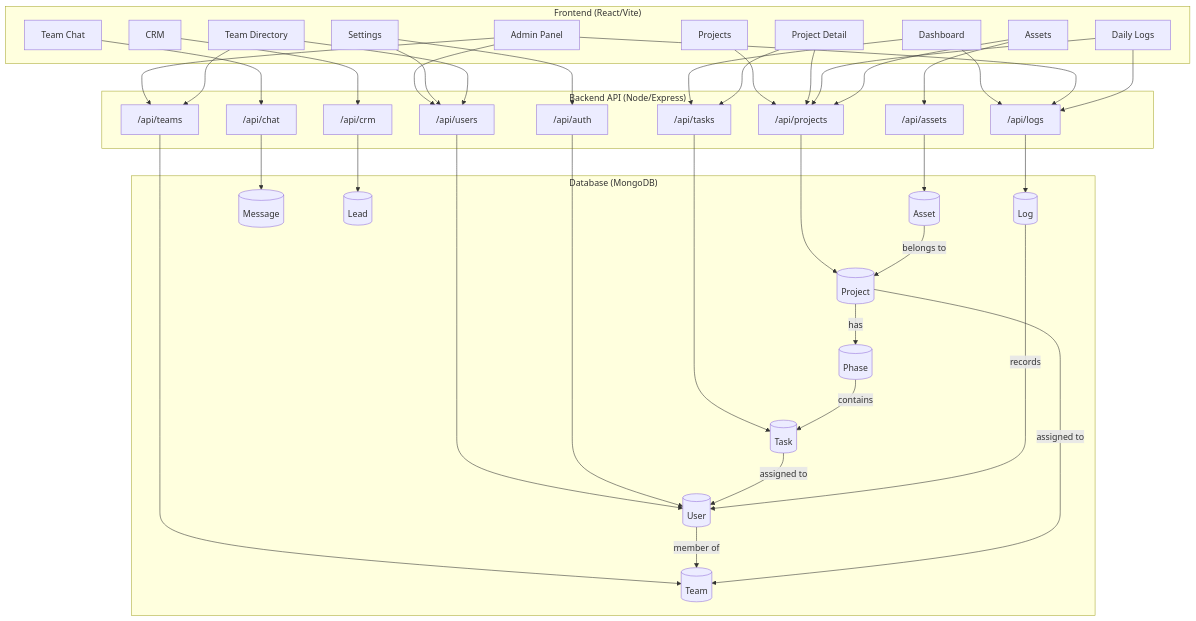
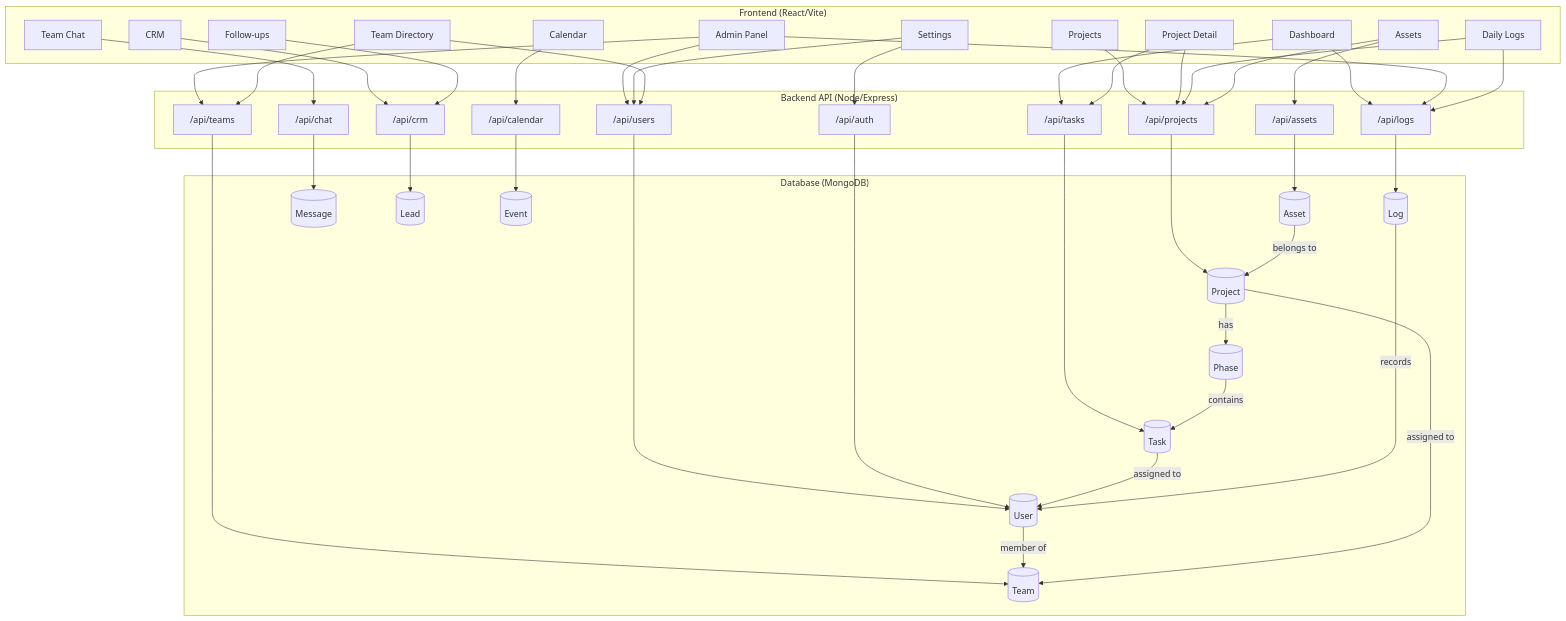
Before and after one commit to RaghavSobti37/Taskmaster: the diagram in README.md, drawn with Mermaid. The commit also changed other lines of this file and 8 other files, not shown here.

````diff
--- a/README.md
+++ b/README.md
@@ -29,69 +29,76 @@
 ```mermaid
 graph TD
     subgraph Frontend ["Frontend (React/Vite)"]
         D[Dashboard]
         PL[Projects]
         PD[Project Detail]
         AP[Admin Panel]
         DL[Daily Logs]
         CH[Team Chat]
         ST[Settings]
         CRM_F[CRM]
+        FOL[Follow-ups]
+        CAL[Calendar]
         ASSETS[Assets]
         TV[Team Directory]
     end
 
     subgraph API ["Backend API (Node/Express)"]
         T_API["/api/tasks"]
         P_API["/api/projects"]
         U_API["/api/users"]
         L_API["/api/logs"]
         A_API["/api/auth"]
         TM_API["/api/teams"]
         C_API["/api/chat"]
         CR_API["/api/crm"]
+        CAL_API["/api/calendar"]
         AS_API["/api/assets"]
     end
 
     subgraph Models ["Database (MongoDB)"]
         M_Task[(Task)]
         M_Project[(Project)]
         M_User[(User)]
         M_Log[(Log)]
         M_Phase[(Phase)]
         M_Team[(Team)]
         M_Message[(Message)]
         M_Lead[(Lead)]
+        M_Event[(Event)]
         M_Asset[(Asset)]
     end
 
     D --> T_API
     D --> L_API
     PL --> P_API
     PD --> P_API & T_API
     AP --> U_API & L_API & TM_API
     DL --> L_API & P_API
     CH --> C_API
     ST --> U_API & A_API
     CRM_F --> CR_API
+    FOL --> CR_API
+    CAL --> CAL_API
     ASSETS --> AS_API & P_API
     TV --> U_API & TM_API
 
     T_API --> M_Task
     P_API --> M_Project
     U_API --> M_User
     L_API --> M_Log
     A_API --> M_User
     TM_API --> M_Team
     C_API --> M_Message
     CR_API --> M_Lead
+    CAL_API --> M_Event
     AS_API --> M_Asset
 
     M_Project -- "has" --> M_Phase
     M_Phase -- "contains" --> M_Task
     M_Task -- "assigned to" --> M_User
     M_User -- "member of" --> M_Team
     M_Project -- "assigned to" --> M_Team
     M_Log -- "records" --> M_User
     M_Asset -- "belongs to" --> M_Project
 ```
````
